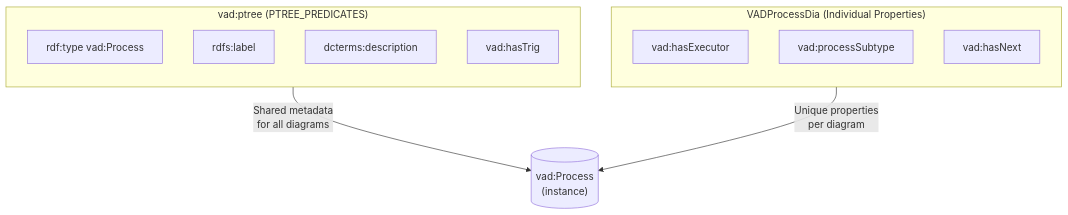
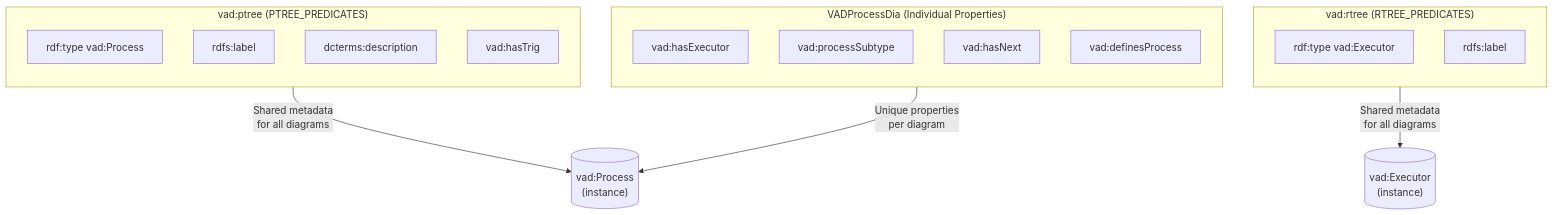
Before and after one commit to konard/bpmbpm-rdf-grapher: the second of 5 diagrams in ver7so/vad-basic-ontology.mermaid.md, drawn with Mermaid. The commit also changed other lines of this file and 3 other files, not shown here.

````diff
--- a/ver7so/vad-basic-ontology.mermaid.md
+++ b/ver7so/vad-basic-ontology.mermaid.md
@@ -103,22 +139,31 @@
 ```mermaid
 flowchart TB
     subgraph PTREE["vad:ptree (PTREE_PREDICATES)"]
         direction TB
         PT1["rdf:type vad:Process"]
         PT2["rdfs:label"]
         PT3["dcterms:description"]
         PT4["vad:hasTrig"]
     end
 
+    subgraph RTREE["vad:rtree (RTREE_PREDICATES)"]
+        direction TB
+        RT1["rdf:type vad:Executor"]
+        RT2["rdfs:label"]
+    end
+
     subgraph VADDIA["VADProcessDia (Individual Properties)"]
         direction TB
         VP1["vad:hasExecutor"]
         VP2["vad:processSubtype"]
         VP3["vad:hasNext"]
+        VP4["vad:definesProcess"]
     end
 
     PROCESS[("vad:Process\n(instance)")]
+    EXECUTOR[("vad:Executor\n(instance)")]
 
     PTREE --> |"Shared metadata\nfor all diagrams"| PROCESS
+    RTREE --> |"Shared metadata\nfor all diagrams"| EXECUTOR
     VADDIA --> |"Unique properties\nper diagram"| PROCESS
 ```
````
